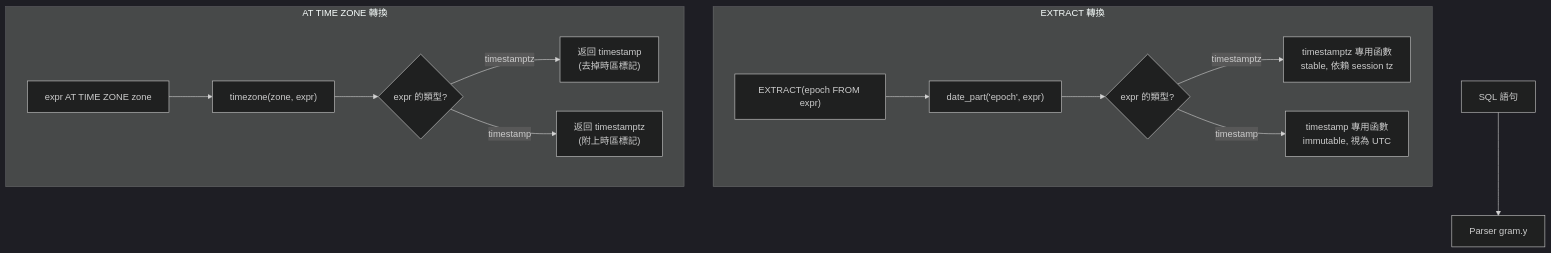
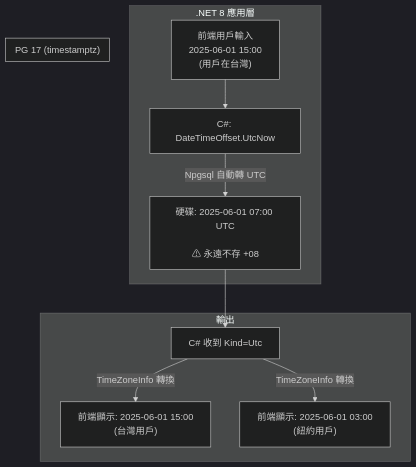
The tenth of 21 diagrams in datatype/PostgreSQL_Datatype.md (henry-tpwong/postgresql_note), drawn with Mermaid (dark theme) before and after one commit. The commit also changed other lines of this file, not shown here.

Commit message:
docs(datatype): 重構筆記，新增 TOAST 詳解與 timestamptz 最佳實踐，刪減 PG 源碼章節

````diff
--- a/datatype/PostgreSQL_Datatype.md
+++ b/datatype/PostgreSQL_Datatype.md
@@ -642,18 +532,16 @@
 ```mermaid
 flowchart TD
-    SQL[SQL 語句] --> PARSER[Parser gram.y]
-
-    subgraph EXTRACT_PATH["EXTRACT 轉換"]
-        E1["EXTRACT(epoch FROM expr)"] --> E2["date_part('epoch', expr)"]
-        E2 --> E3{expr 的類型?}
-        E3 -->|timestamptz| E4["timestamptz 專用函數<br/>stable, 依賴 session tz"]
-        E3 -->|timestamp| E5["timestamp 專用函數<br/>immutable, 視為 UTC"]
+    subgraph APP[".NET 8 應用層"]
+        IN["前端用戶輸入<br/>2025-06-01 15:00<br/>(用戶在台灣)"]
+        IN --> DT["C#: DateTimeOffset.UtcNow"]
+        DT -->|"Npgsql 自動轉 UTC"| PG
     end
-
-    subgraph AT_TZ_PATH["AT TIME ZONE 轉換"]
-        T1["expr AT TIME ZONE zone"] --> T2["timezone(zone, expr)"]
-        T2 --> T3{expr 的類型?}
-        T3 -->|timestamptz| T4["返回 timestamp<br/>(去掉時區標記)"]
-        T3 -->|timestamp| T5["返回 timestamptz<br/>(附上時區標記)"]
+    subgraph DB["PG 17 (timestamptz)"]
+        PG["硬碟: 2025-06-01 07:00 UTC<br/><br/>⚠ 永遠不存 +08"]
+    end
+    subgraph OUT["輸出"]
+        PG --> R["C# 收到 Kind=Utc"]
+        R -->|"TimeZoneInfo 轉換"| TPE["前端顯示: 2025-06-01 15:00<br/>(台灣用戶)"]
+        R -->|"TimeZoneInfo 轉換"| NYC["前端顯示: 2025-06-01 03:00<br/>(紐約用戶)"]
     end
 ```
````
